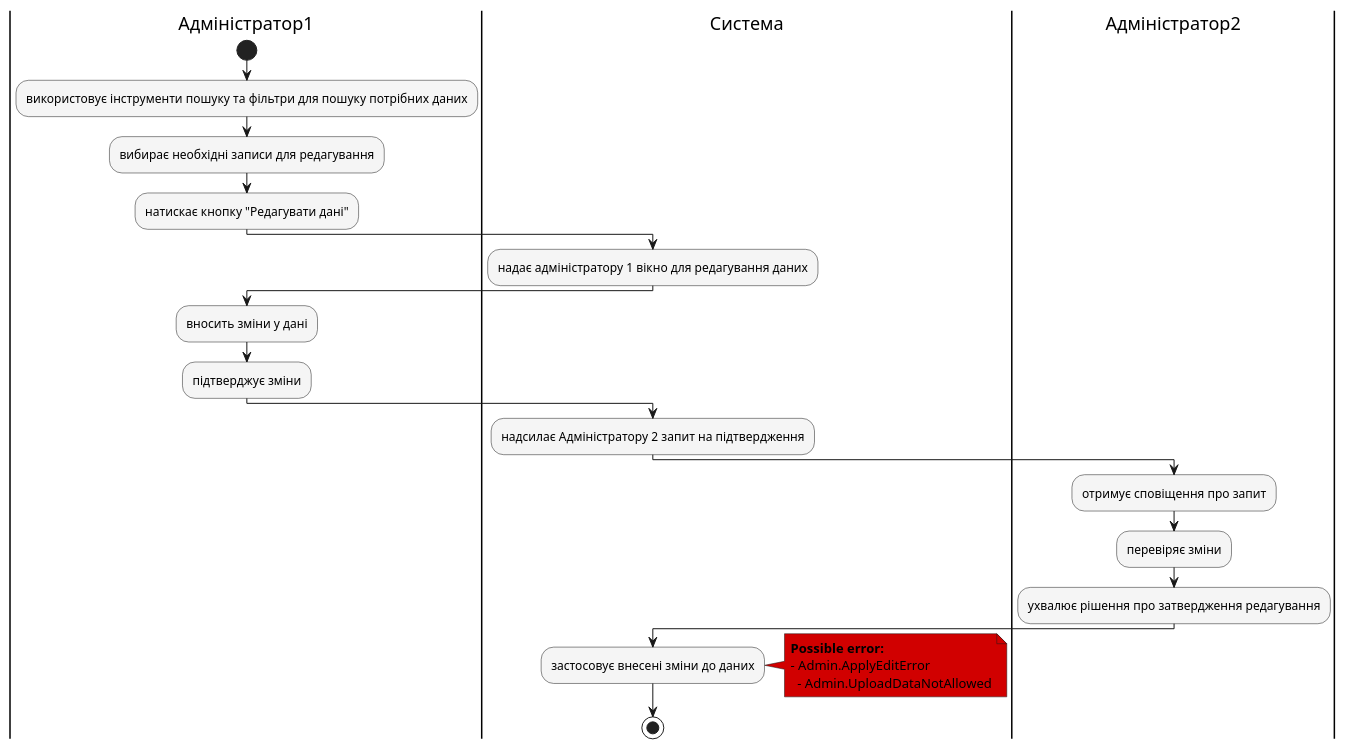
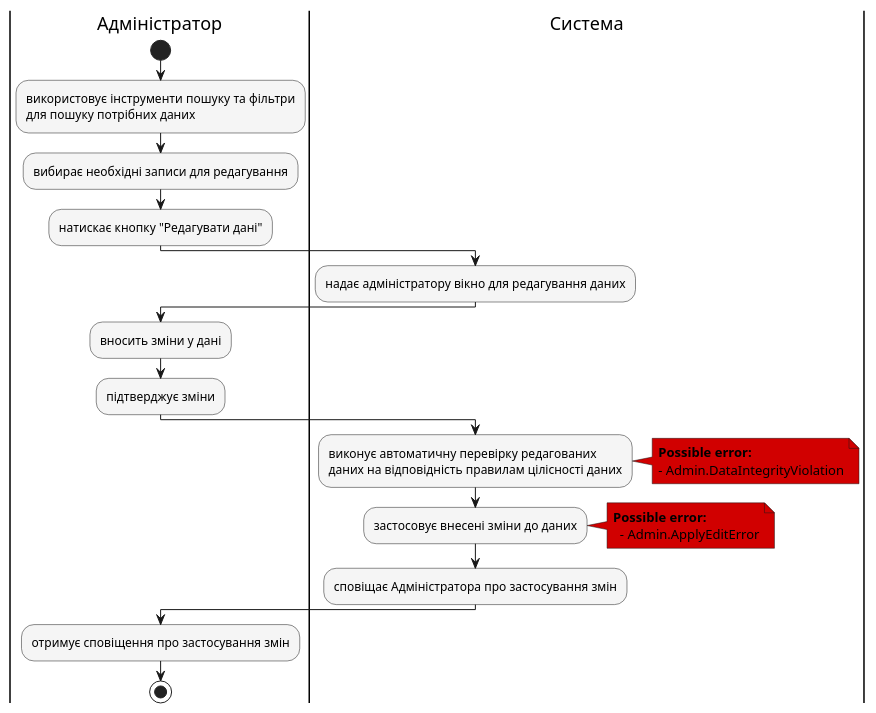
Before and after one commit to panther21Lw/db_labs_io31: diagram 24 of 25 in docs/use cases/README.md, drawn with PlantUML. The commit also changed other lines of this file and 1 other file, not shown here.

Commit message:
Change logic of three last use-cases for admin

```diff
--- a/docs/use cases/README.md
+++ b/docs/use cases/README.md
@@ -866,29 +868,30 @@
 @startuml
 
     skinparam ActivityBackgroundColor #f5f5f5
-    |Адміністратор1|
+    |Адміністратор|
     start
-    :використовує інструменти пошуку та фільтри для пошуку потрібних даних;
+    :використовує інструменти пошуку та фільтри\nдля пошуку потрібних даних;
     :вибирає необхідні записи для редагування;
     :натискає кнопку "Редагувати дані";
     |Система|
-    :надає адміністратору 1 вікно для редагування даних;
-    |Адміністратор1|
+    :надає адміністратору вікно для редагування даних;
+    |Адміністратор|
     :вносить зміни у дані;
     :підтверджує зміни;
     |Система|
-    :надсилає Адміністратору 2 запит на підтвердження;
-    |Адміністратор2|
-    :отримує сповіщення про запит;
-    :перевіряє зміни;
-    :ухвалює рішення про затвердження редагування;
-    |Система|
+    :виконує автоматичну перевірку редагованих\nданих на відповідність правилам цілісності даних;
+    note right #d10000
+    <b>Possible error:
+    - Admin.DataIntegrityViolation
+    end note
     :застосовує внесені зміни до даних;
     note right #d10000
     <b>Possible error:
-    - Admin.ApplyEditError
-      - Admin.UploadDataNotAllowed
+      - Admin.ApplyEditError
       end note
+      :сповіщає Адміністратора про застосування змін;
+      |Адміністратор|
+      :отримує сповіщення про застосування змін;
       stop
 
 @enduml
```
